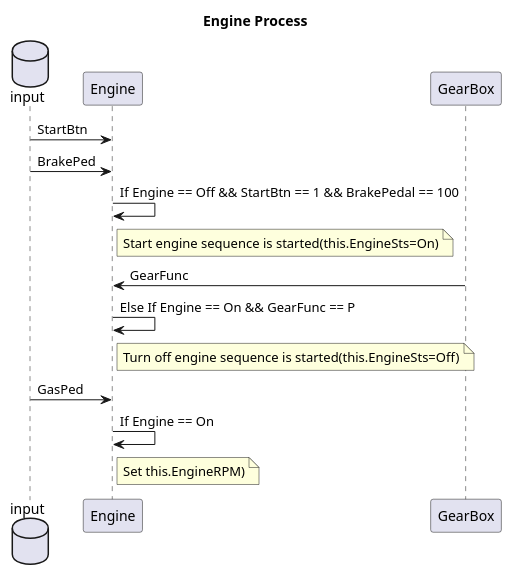
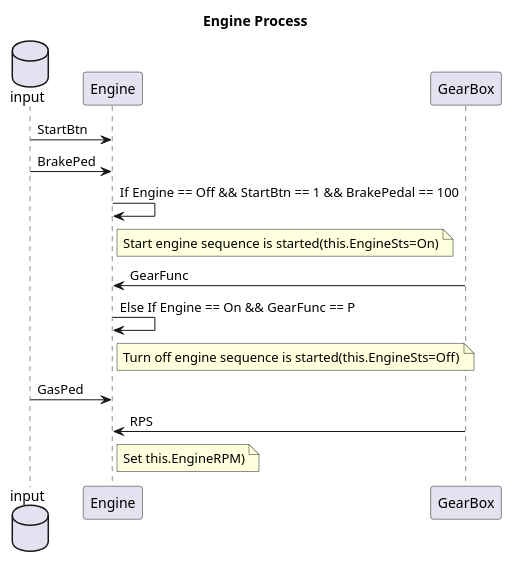
The diagram in docs/src/sequence_engine.wsd (SubspaceBob/bootcamp_project), drawn with PlantUML before and after one commit. The commit also changed 5 other files, not shown here.

```diff
--- a/docs/src/sequence_engine.wsd
+++ b/docs/src/sequence_engine.wsd
@@ -1,20 +1,20 @@
 @startuml 
 title Engine Process
 database input
 
 Engine <- input : StartBtn
 Engine <- input : BrakePed
 
 Engine -> Engine : If Engine == Off && StartBtn == 1 && BrakePedal == 100
 note right of Engine : Start engine sequence is started(this.EngineSts=On)
 
 Engine <- GearBox : GearFunc
 Engine -> Engine : Else If Engine == On && GearFunc == P
 note right of Engine : Turn off engine sequence is started(this.EngineSts=Off)
 
 Engine <- input : GasPed
-Engine -> Engine : If Engine == On
+Engine <- GearBox : RPS
 note right of Engine : Set this.EngineRPM)
 
 
 @enduml
```
